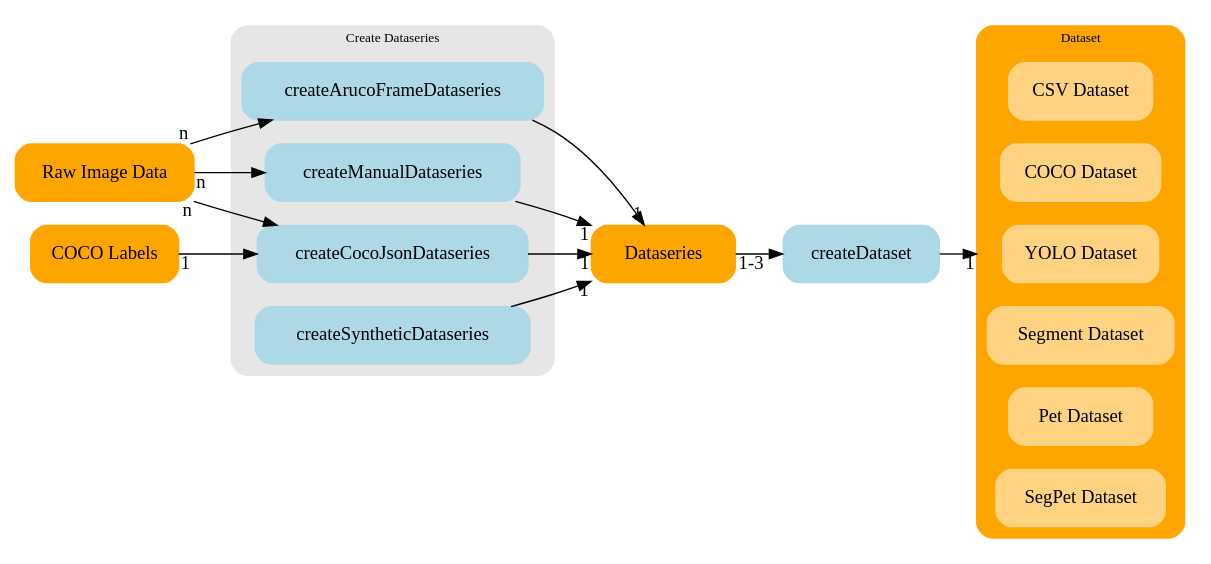
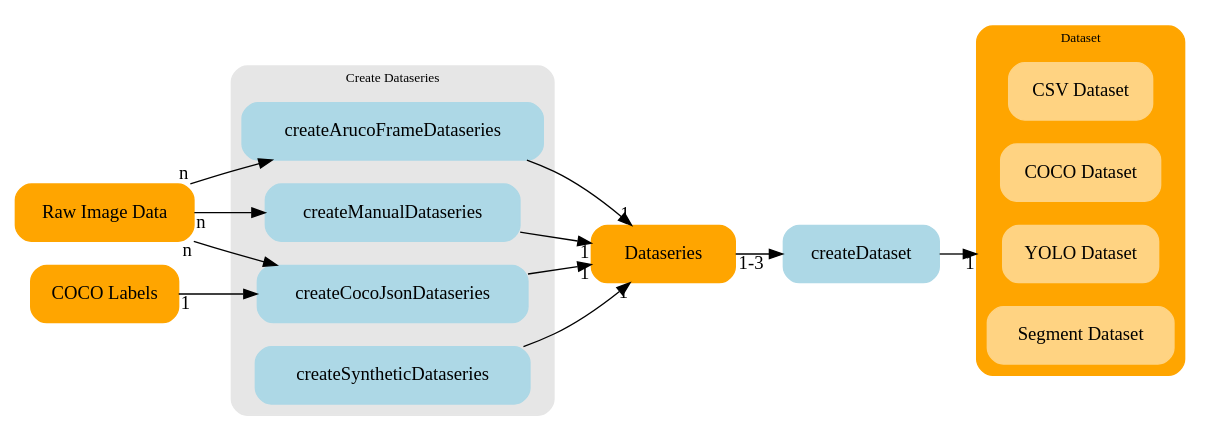
The diagram in thesis/assets/graph/arch_data.dot (jnccd/crystal-marker-detection), drawn with Graphviz before and after one commit.

Commit message:
Change arch data graph

```diff
--- a/thesis/assets/graph/arch_data.dot
+++ b/thesis/assets/graph/arch_data.dot
@@ -1,56 +1,56 @@
 digraph arch {
     rankdir=LR
     node [shape=box style="filled,rounded" width=1.5 height=0.6];
     graph [fontsize=10 compound=true];
     
     raw_data [label="Raw Image Data" color=orange]
     coco_labels [label="COCO Labels" color=orange]
     Dataseries [color=orange]
     #Dataset [color=orange]
     createDataset [color=lightblue]
     
     # Mark: style="filled,rounded,dashed" fillcolor=lightblue color=red penwidth=3
 
     subgraph cluster_dataseries {
         graph [style="filled,rounded", color="#e6e6e6"]
         label = "Create Dataseries";
 
         createArucoFrameDataseries [color=lightblue] 
         createCocoJsonDataseries [color=lightblue]
         createManualDataseries [color=lightblue]
         createSyntheticDataseries [color=lightblue]
         
         {
             rank = same;
             createSyntheticDataseries -> createCocoJsonDataseries -> createManualDataseries -> createArucoFrameDataseries [style=invis]
         }
     }
 
     subgraph cluster_dataset {
         graph [style="filled,rounded", color=orange]
         label = "Dataset";
 
         CSV [color="#ffd382" label="CSV Dataset"]
         COCO [color="#ffd382" label="COCO Dataset"]
         YOLO [color="#ffd382" label="YOLO Dataset"]
-        Segment [color="#ffd382" label="Segment Dataset"]
-        Pet [color="#ffd382" label="Pet Dataset"]
-        SegPet [color="#ffd382" label="SegPet Dataset"]
+        Segmentation [color="#ffd382" label="Segment Dataset"]
+        #Pet [color="#ffd382" label="Pet Dataset"]
+        #SegPet [color="#ffd382" label="SegPet Dataset"]
     }
 
     raw_data -> createArucoFrameDataseries [taillabel="n"]
     raw_data -> createCocoJsonDataseries [taillabel="n"]
     raw_data -> createManualDataseries [taillabel="n"]
     coco_labels -> createCocoJsonDataseries [taillabel="1"]
     
     #{rank=same; createArucoFrameDataseries; createCocoJsonDataseries; createManualDataseries; createSyntheticDataseries;}
 
     createArucoFrameDataseries -> Dataseries [headlabel="1"]
     createCocoJsonDataseries -> Dataseries [headlabel="1"]
     createManualDataseries -> Dataseries [headlabel="1"]
     createSyntheticDataseries -> Dataseries [headlabel="1"]
 
     Dataseries -> createDataset [taillabel="1-3"]
 
     createDataset -> YOLO [headlabel="1", lhead=cluster_dataset]
 }
```
